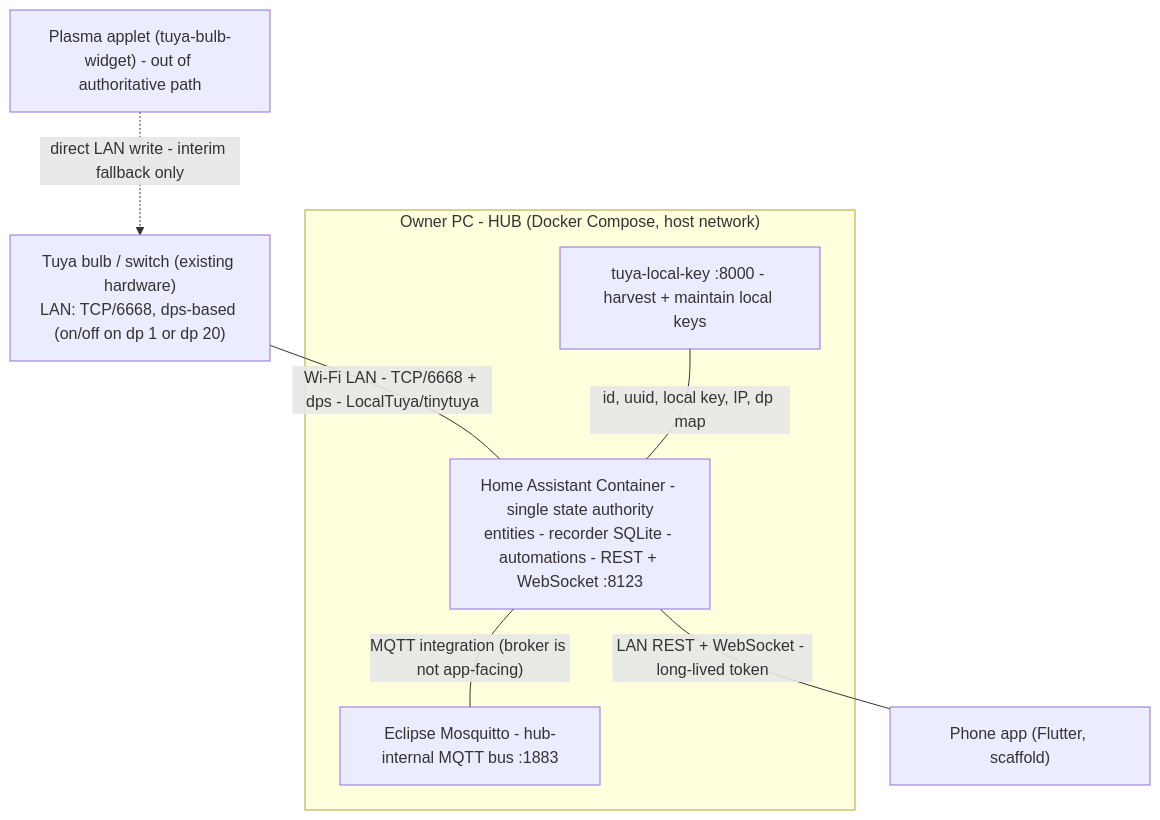
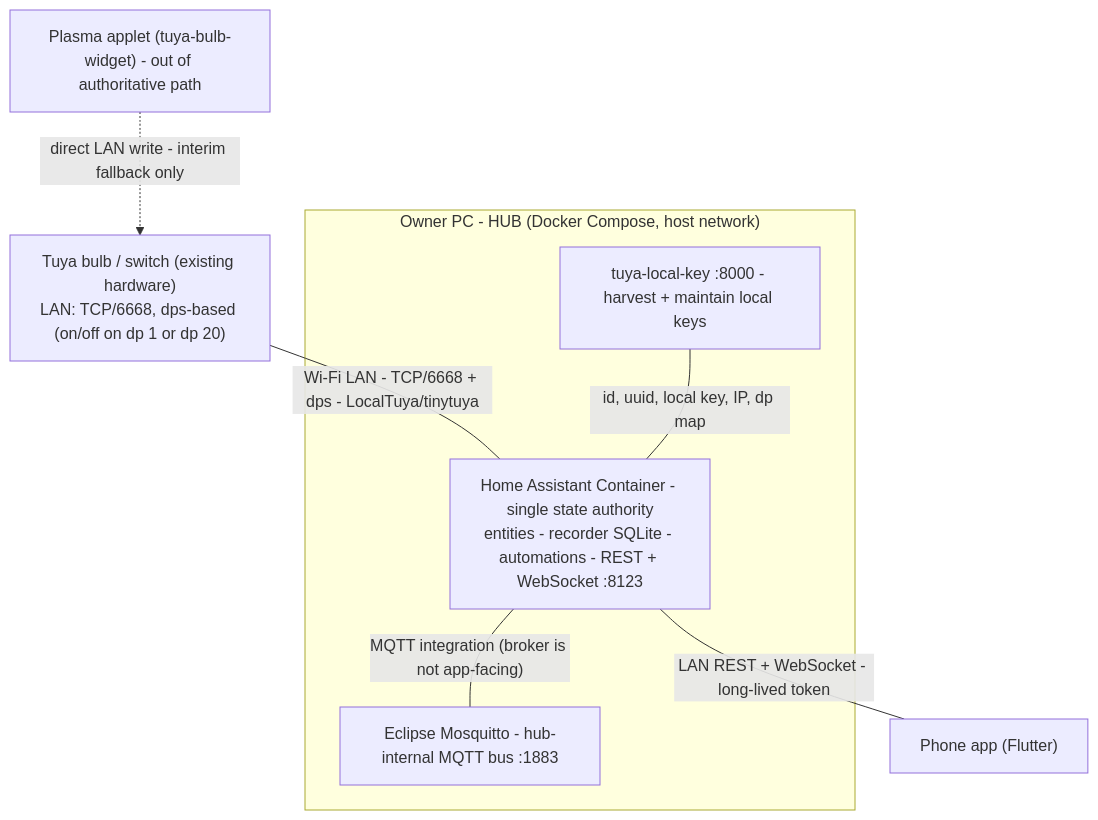
The diagram in docs/context/hosting-architecture.md (DaveR-ui/daver-home-system), drawn with Mermaid before and after one commit. The commit also changed other lines of this file and 28 other files, not shown here.

````diff
--- a/docs/context/hosting-architecture.md
+++ b/docs/context/hosting-architecture.md
@@ -28,16 +28,16 @@
 ```mermaid
 flowchart TB
   DEV["Tuya bulb / switch (existing hardware)<br/>LAN: TCP/6668, dps-based (on/off on dp 1 or dp 20)"]
   subgraph PC["Owner PC - HUB (Docker Compose, host network)"]
     HA["Home Assistant Container - single state authority<br/>entities - recorder SQLite - automations - REST + WebSocket :8123"]
     MQ["Eclipse Mosquitto - hub-internal MQTT bus :1883"]
     TK["tuya-local-key :8000 - harvest + maintain local keys"]
   end
-  APP["Phone app (Flutter, scaffold)"]
+  APP["Phone app (Flutter)"]
   KDE["Plasma applet (tuya-bulb-widget) - out of authoritative path"]
   DEV ---|"Wi-Fi LAN - TCP/6668 + dps - LocalTuya/tinytuya"| HA
   TK ---|"id, uuid, local key, IP, dp map"| HA
   HA ---|"MQTT integration (broker is not app-facing)"| MQ
   HA ---|"LAN REST + WebSocket - long-lived token"| APP
   KDE -.->|"direct LAN write - interim fallback only"| DEV
 ```
````
